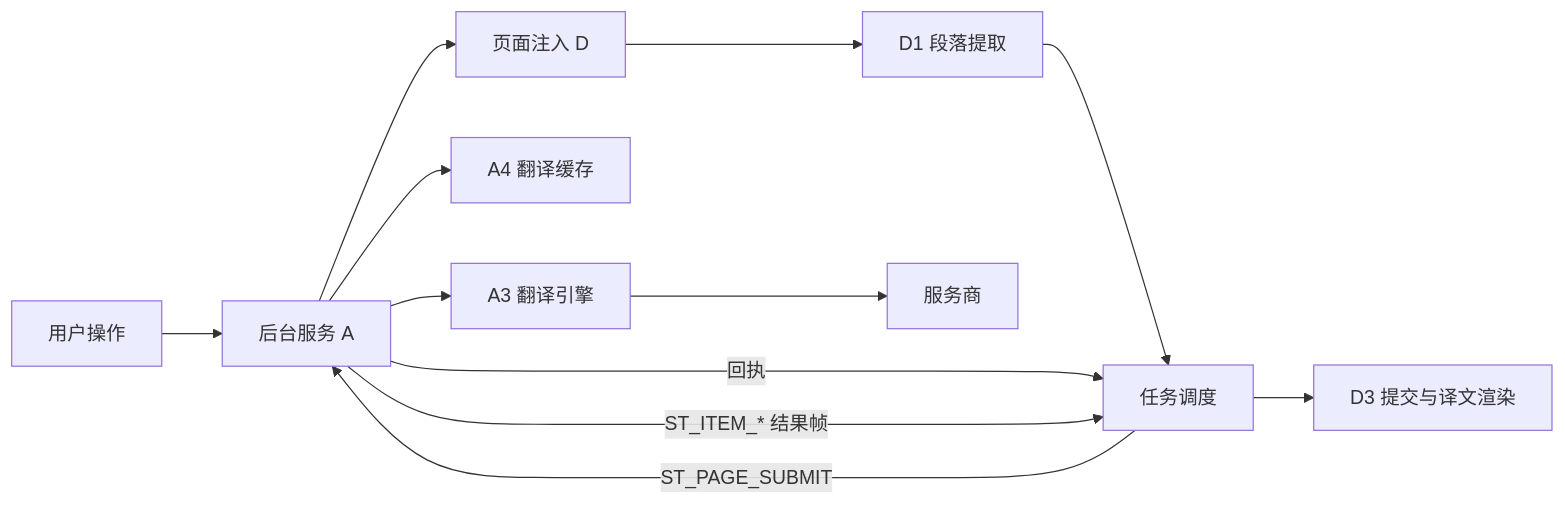
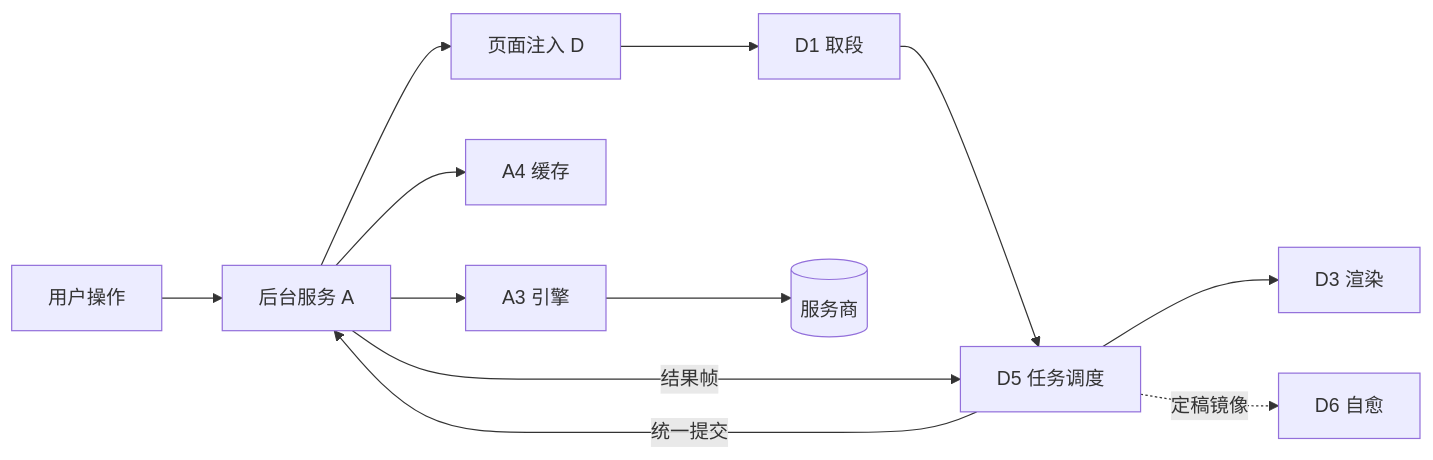
Before and after one commit to xiaochen0517/simpletrans: the diagram in docs/项目架构.md, drawn with Mermaid. The commit also changed other lines of this file and 134 other files, not shown here.

````diff
--- a/docs/项目架构.md
+++ b/docs/项目架构.md
@@ -747,14 +440,14 @@
 ```mermaid
 flowchart LR
-  U[用户操作] --> BG[后台服务 A]
-  BG --> CS[页面注入 D]
-  CS --> SC[D1 段落提取]
-  SC --> TS[任务调度]
-  TS -- ST_PAGE_SUBMIT --> BG
-  BG -- 回执 --> TS
-  BG -- ST_ITEM_* 结果帧 --> TS
-  TS --> RD[D3 提交与译文渲染]
-  BG --> CA[A4 翻译缓存]
-  BG --> EN[A3 翻译引擎]
-  EN --> PV[服务商]
+  U[用户操作] --> A[后台服务 A]
+  A --> D[页面注入 D]
+  D --> S[D1 取段]
+  S --> T[D5 任务调度]
+  T -- 统一提交 --> A
+  A --> CA[A4 缓存]
+  A --> EN[A3 引擎]
+  EN --> PV[(服务商)]
+  A -- 结果帧 --> T
+  T --> R[D3 渲染]
+  T -. 定稿镜像 .-> H[D6 自愈]
 ```
````
